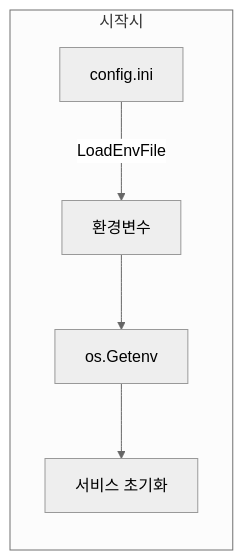
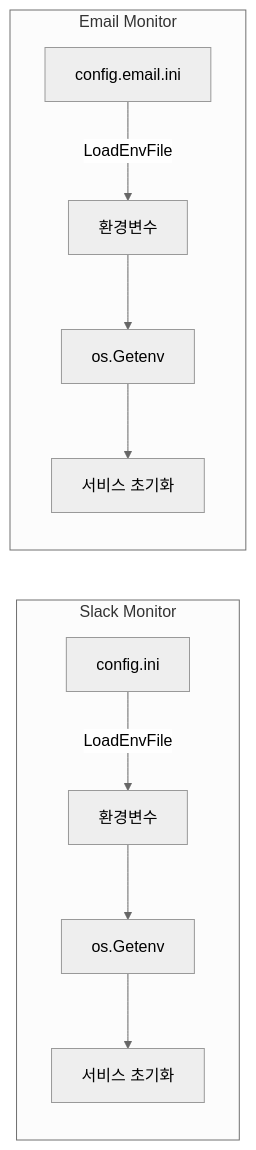
One commit to zime78/Slickwebhook changed the seventh of 8 diagrams in docs/ARCHITECTURE.md. Above: the diagram before and after it, drawn with Mermaid (neutral theme). The commit also changed other lines of this file and 11 other files, not shown here.

Commit message:
feat: Email Monitor 기능 추가 - Gmail IMAP + XOAUTH2 인증 기반 이메일 모니터링 - Slack/Email 독립 빌드 타겟 분리 - 공통 이벤트 핸들러 및 ClickUp 연동

````diff
--- a/docs/ARCHITECTURE.md
+++ b/docs/ARCHITECTURE.md
@@ -202,8 +293,14 @@
 ```mermaid
 flowchart LR
-    subgraph 시작시
-        A[config.ini] -->|LoadEnvFile| B[환경변수]
-        B --> C[os.Getenv]
-        C --> D[서비스 초기화]
+    subgraph SlackMonitor["Slack Monitor"]
+        A1[config.ini] -->|LoadEnvFile| B1[환경변수]
+        B1 --> C1[os.Getenv]
+        C1 --> D1[서비스 초기화]
+    end
+
+    subgraph EmailMonitor["Email Monitor"]
+        A2[config.email.ini] -->|LoadEnvFile| B2[환경변수]
+        B2 --> C2[os.Getenv]
+        C2 --> D2[서비스 초기화]
     end
 ```
````
